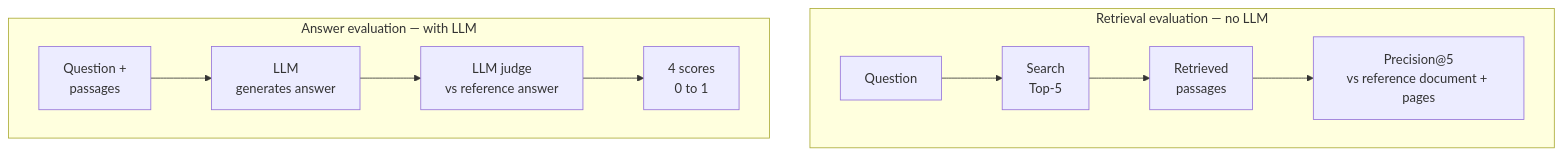
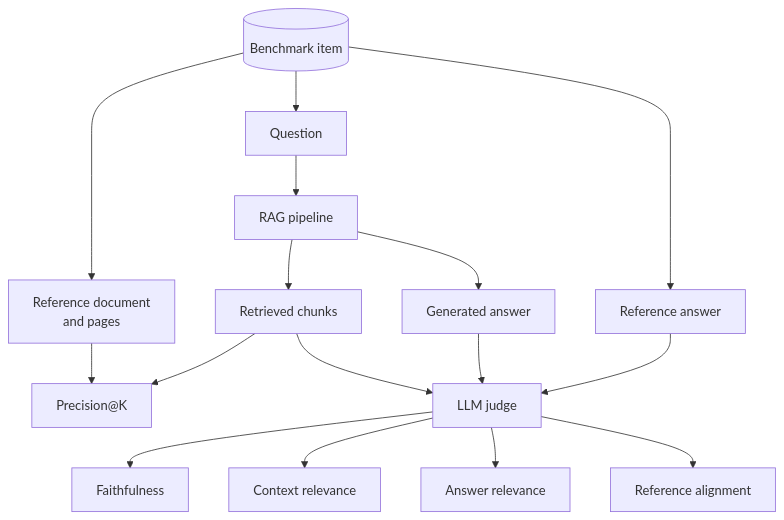
The second of 2 diagrams in README.md (soumailaniampa11/multimodal-genai-decision-support), drawn with Mermaid before and after one commit. The commit also changed other lines of this file, not shown here.

Commit message:
docs: rewrite README with project status, architecture and results

````diff
--- a/README.md
+++ b/README.md
@@ -128,11 +101,23 @@
 ```mermaid
 flowchart TB
-    subgraph R["Retrieval evaluation — no LLM"]
-        direction LR
-        R1["Question"] --> R2["Search<br/>Top-5"] --> R3["Retrieved<br/>passages"] --> R4["Precision@5<br/>vs reference document + pages"]
-    end
-    subgraph G["Answer evaluation — with LLM"]
-        direction LR
-        G1["Question +<br/>passages"] --> G2["LLM<br/>generates answer"] --> G3["LLM judge<br/>vs reference answer"] --> G4["4 scores<br/>0 to 1"]
-    end
+    ITEM[("Benchmark item")]
+    ITEM --> REF["Reference document<br/>and pages"]
+    ITEM --> Q["Question"]
+    ITEM --> RA["Reference answer"]
+
+    Q --> RAG["RAG pipeline"]
+    RAG --> RC["Retrieved chunks"]
+    RAG --> GA["Generated answer"]
+
+    REF --> P["Precision@K"]
+    RC --> P
+
+    RC --> J["LLM judge"]
+    GA --> J
+    RA --> J
+
+    J --> F["Faithfulness"]
+    J --> CR["Context relevance"]
+    J --> AR["Answer relevance"]
+    J --> AL["Reference alignment"]
 ```
````
